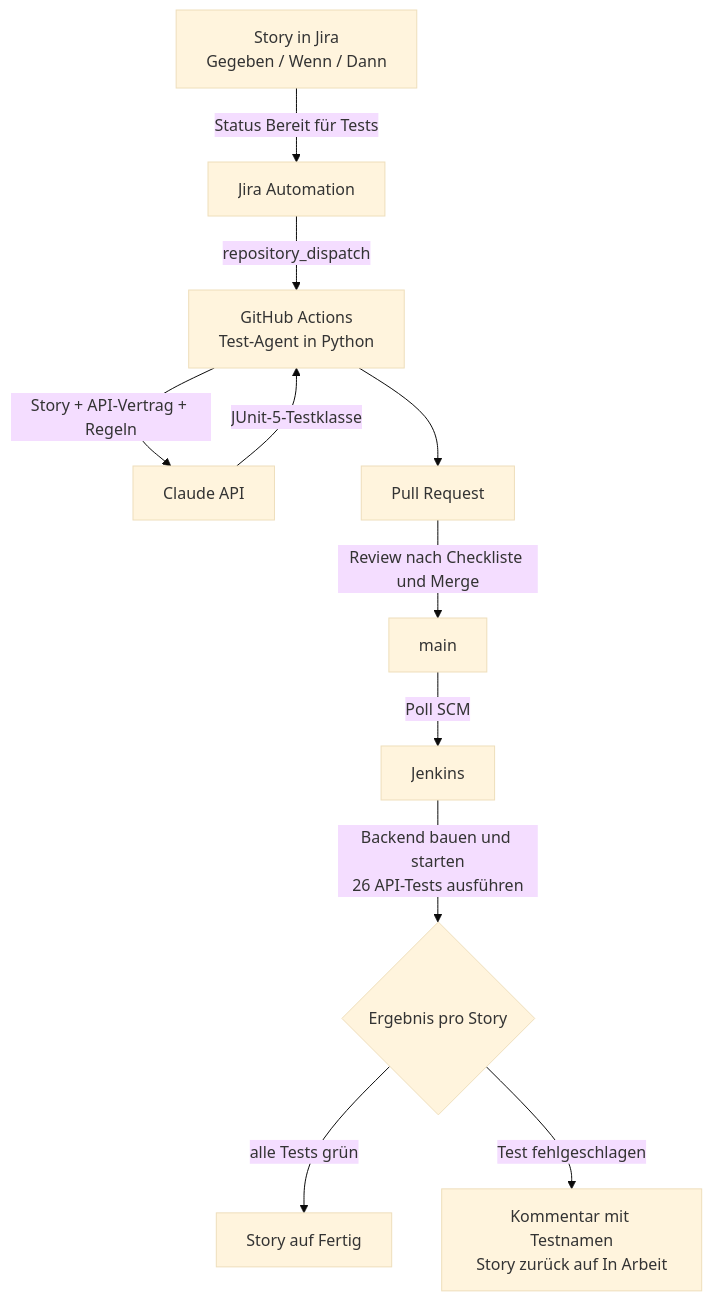
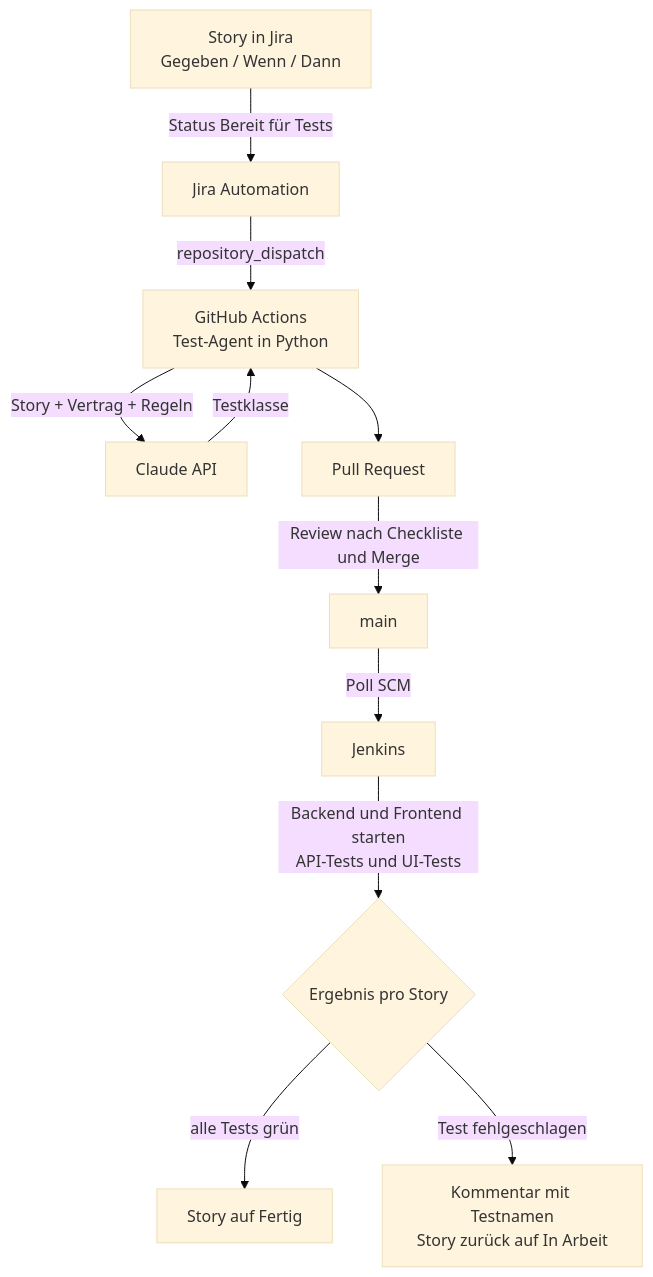
The diagram in README.md (Nidal1211/taskboard), drawn with Mermaid (base theme) before and after one commit. The commit also changed other lines of this file, not shown here.

Commit message:
Aktualisiere README.md: Präzisiere die Beschreibung des Testprozesses und füge Informationen zu API- und UI-Tests hinzu.

````diff
--- a/README.md
+++ b/README.md
@@ -11,13 +11,13 @@
 ```mermaid
 flowchart TD
     A[Story in Jira<br/>Gegeben / Wenn / Dann] -->|Status Bereit für Tests| B[Jira Automation]
     B -->|repository_dispatch| C[GitHub Actions<br/>Test-Agent in Python]
-    C -->|Story + API-Vertrag + Regeln| D[Claude API]
-    D -->|JUnit-5-Testklasse| C
+    C -->|Story + Vertrag + Regeln| D[Claude API]
+    D -->|Testklasse| C
     C --> E[Pull Request]
     E -->|Review nach Checkliste und Merge| F[main]
     F -->|Poll SCM| G[Jenkins]
-    G -->|Backend bauen und starten<br/>26 API-Tests ausführen| H{Ergebnis pro Story}
+    G -->|Backend und Frontend starten<br/>API-Tests und UI-Tests| H{Ergebnis pro Story}
     H -->|alle Tests grün| I[Story auf Fertig]
     H -->|Test fehlgeschlagen| J[Kommentar mit Testnamen<br/>Story zurück auf In Arbeit]
 ```
````
